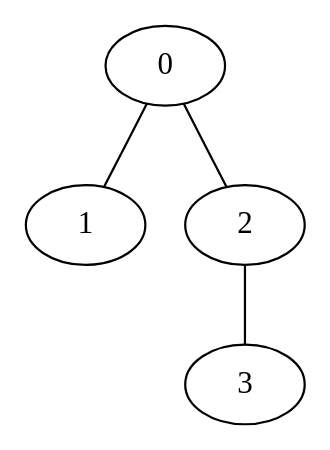
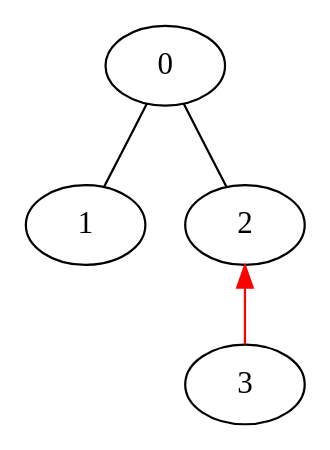
Before and after one commit to DSMishler/EBA_models: the diagram in EBA_graphviz/testrun/sim0019.dot, drawn with Graphviz. The commit also changed 42 other files, not shown here.

```diff
--- a/EBA_graphviz/testrun/sim0019.dot
+++ b/EBA_graphviz/testrun/sim0019.dot
@@ -1,11 +1,11 @@
 // network test graph
 digraph
 {
 	0 []
 	1 []
 	2 []
 	3 []
 	0 -> 1 [dir=none]
 	0 -> 2 [dir=none]
-	2 -> 3 [dir=none]
+	2 -> 3 [dir=back,color=red]
 }
```
